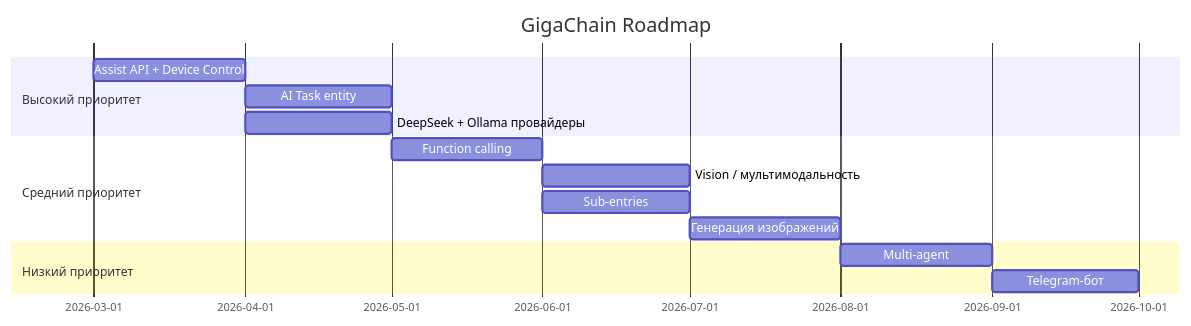
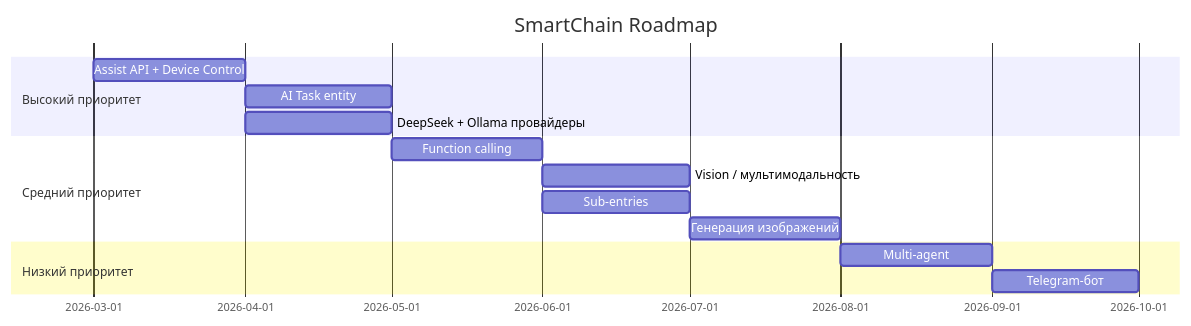
One commit to dzerik/ha-smartchain changed the diagram in docs/COMPETITIVE_ANALYSIS.md. Above: the diagram before and after it, drawn with Mermaid. The commit also changed other lines of this file and 2 other files, not shown here.

First line of the commit message:
docs: update all documentation for SmartChain rename

````diff
--- a/docs/COMPETITIVE_ANALYSIS.md
+++ b/docs/COMPETITIVE_ANALYSIS.md
@@ -319,17 +319,17 @@
 ```mermaid
 gantt
-    title GigaChain Roadmap
+    title SmartChain Roadmap
     dateFormat  YYYY-MM
     section Высокий приоритет
     Assist API + Device Control    :2026-03, 2026-04
     AI Task entity                 :2026-04, 2026-05
     DeepSeek + Ollama провайдеры   :2026-04, 2026-05
     section Средний приоритет
     Function calling               :2026-05, 2026-06
     Vision / мультимодальность     :2026-06, 2026-07
     Sub-entries                    :2026-06, 2026-07
     Генерация изображений          :2026-07, 2026-08
     section Низкий приоритет
     Multi-agent                    :2026-08, 2026-09
     Telegram-бот                   :2026-09, 2026-10
 ```
````
